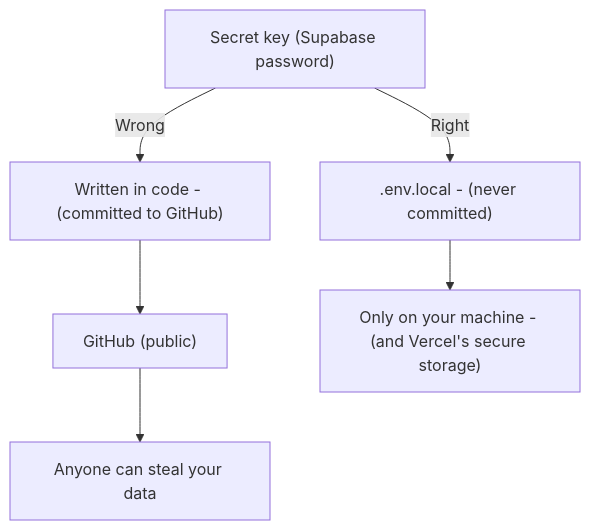
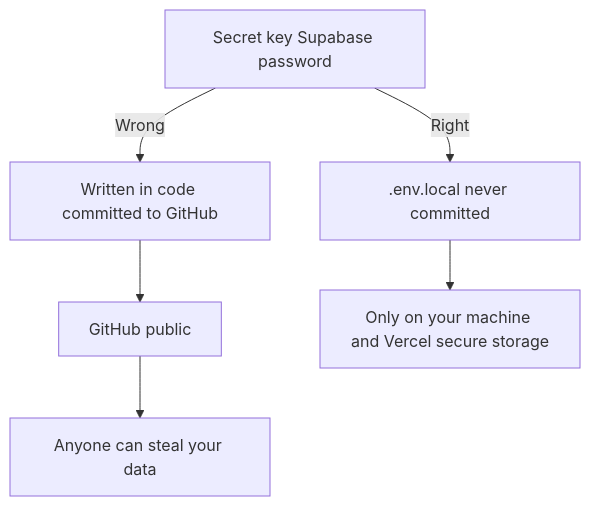
One commit to wongjinar-ai/expample changed the second of 8 diagrams in learning/09-fullstack-best-practices.md. Above: the diagram before and after it, drawn with Mermaid. The commit also changed other lines of this file and 5 other files, not shown here.

````diff
--- a/learning/09-fullstack-best-practices.md
+++ b/learning/09-fullstack-best-practices.md
@@ -48,11 +48,11 @@
 ```mermaid
 flowchart TD
-    Secret["Secret key (Supabase password)"]
-    Secret -->|"Wrong"| Code["Written in code - (committed to GitHub)"]
-    Secret -->|"Right"| EnvFile[".env.local - (never committed)"]
+    Secret[Secret key Supabase password]
+    Secret -->|"Wrong"| Code[Written in code committed to GitHub]
+    Secret -->|"Right"| EnvFile[.env.local never committed]
 
-    Code --> GitHub["GitHub (public)"]
-    GitHub --> Disaster["Anyone can steal your data"]
+    Code --> GitHub[GitHub public]
+    GitHub --> Disaster[Anyone can steal your data]
 
-    EnvFile --> Safe["Only on your machine - (and Vercel's secure storage)"]
+    EnvFile --> Safe[Only on your machine and Vercel secure storage]
 ```
````
